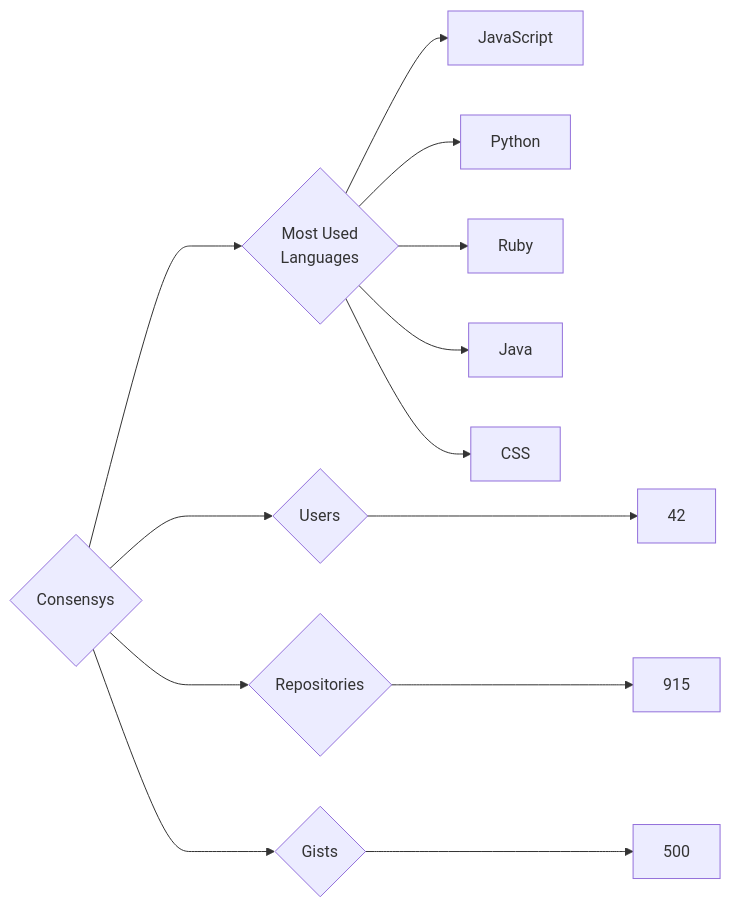
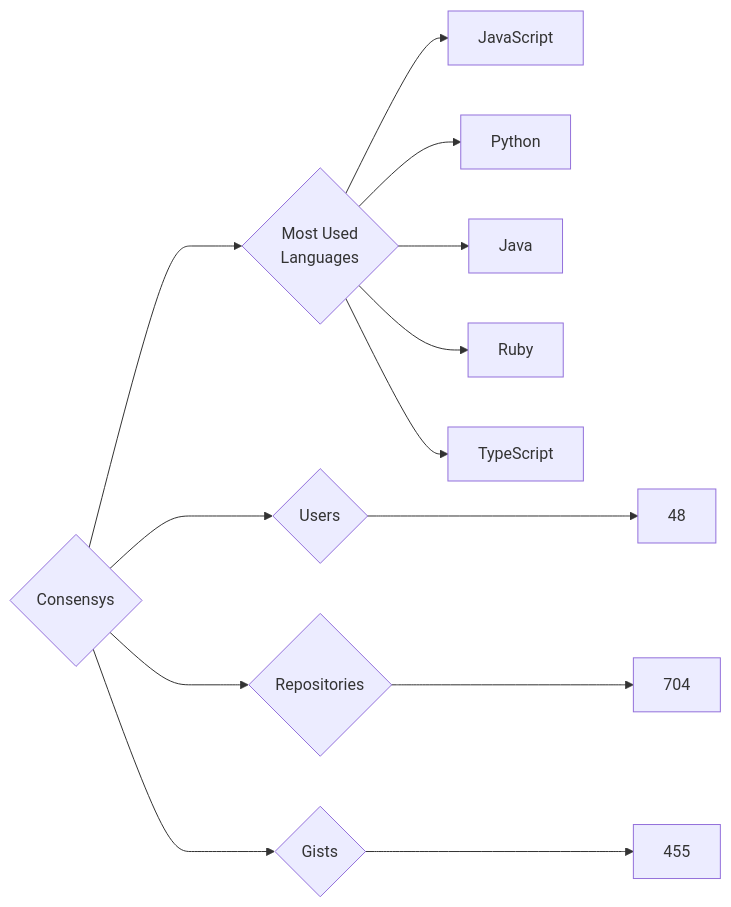
Before and after one commit to trickest/insiders: the diagram in targets/Consensys/README.md, drawn with Mermaid. The commit also changed 914 other files, not shown here.

````diff
--- a/targets/Consensys/README.md
+++ b/targets/Consensys/README.md
@@ -3,13 +3,13 @@
 ```mermaid
 graph LR
 COMPANY_NAME{Consensys}
-COMPANY_NAME ---> U{Users} ---> UN[42]
-COMPANY_NAME ---> R{Repositories} ---> RN[915]
-COMPANY_NAME ---> G{Gists} ---> GN[500]
+COMPANY_NAME ---> U{Users} ---> UN[48]
+COMPANY_NAME ---> R{Repositories} ---> RN[704]
+COMPANY_NAME ---> G{Gists} ---> GN[455]
 COMPANY_NAME ---> ML{Most Used<br>Languages}
 ML --> JavaScript[JavaScript]
 ML --> Python[Python]
+ML --> Java[Java]
 ML --> Ruby[Ruby]
-ML --> Java[Java]
-ML --> CSS[CSS]
+ML --> TypeScript[TypeScript]
 ```
````
